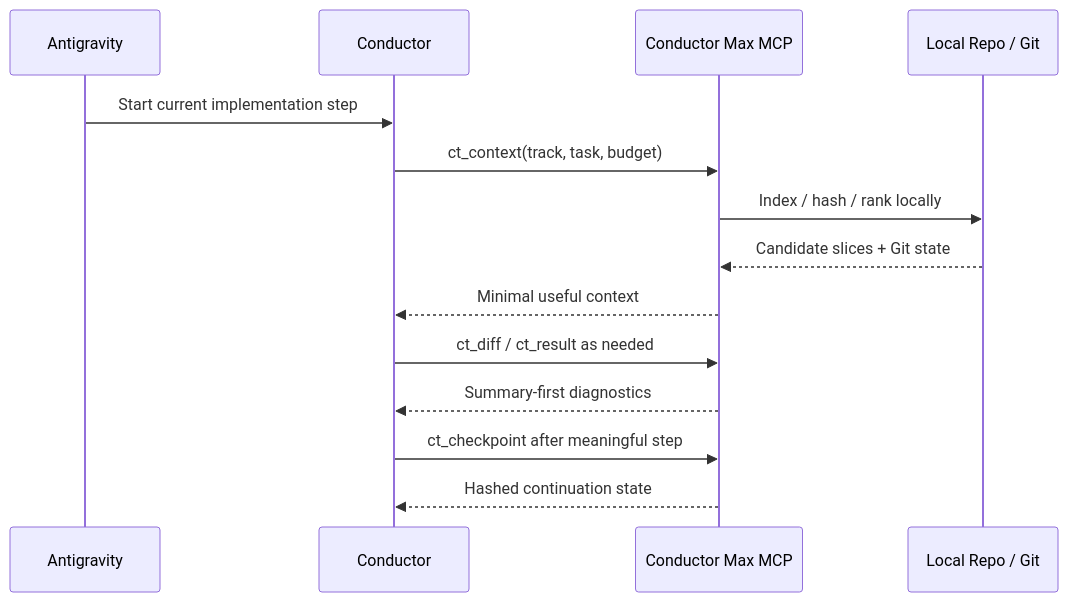
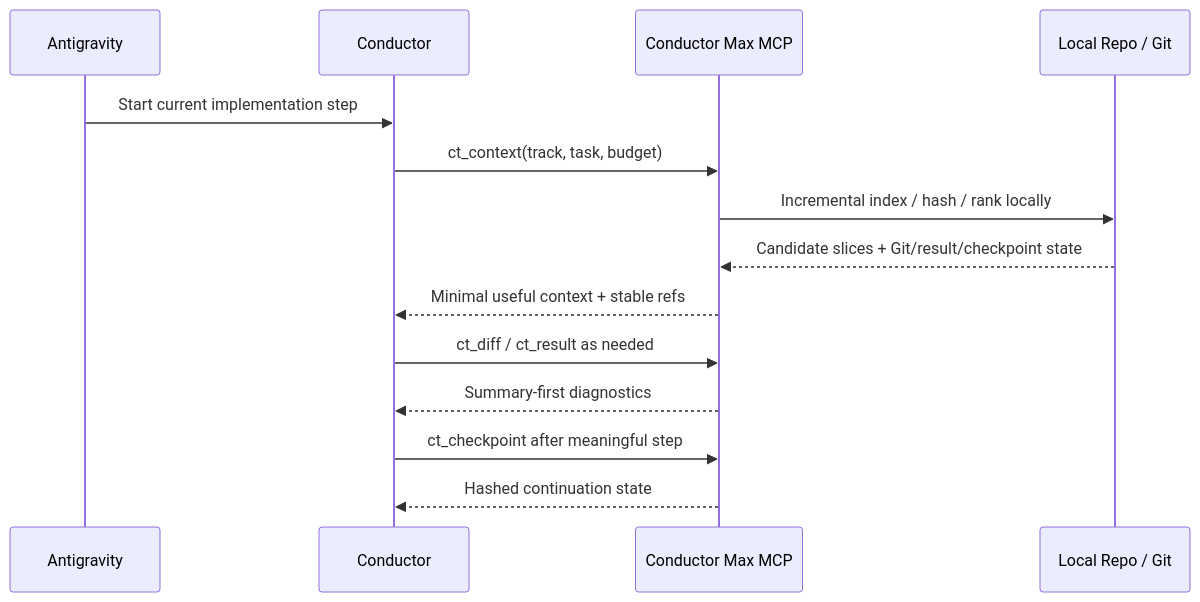
One commit to ProfRandom92/comptext-conductor-max changed the fourth of 5 diagrams in README.md. Above: the diagram before and after it, drawn with Mermaid. The commit also changed other lines of this file, not shown here.

````diff
--- a/README.md
+++ b/README.md
@@ -219,17 +233,17 @@
 ```mermaid
 sequenceDiagram
     participant A as Antigravity
     participant C as Conductor
     participant M as Conductor Max MCP
     participant R as Local Repo / Git
 
     A->>C: Start current implementation step
     C->>M: ct_context(track, task, budget)
-    M->>R: Index / hash / rank locally
-    R-->>M: Candidate slices + Git state
-    M-->>C: Minimal useful context
+    M->>R: Incremental index / hash / rank locally
+    R-->>M: Candidate slices + Git/result/checkpoint state
+    M-->>C: Minimal useful context + stable refs
     C->>M: ct_diff / ct_result as needed
     M-->>C: Summary-first diagnostics
     C->>M: ct_checkpoint after meaningful step
     M-->>C: Hashed continuation state
 ```
````
